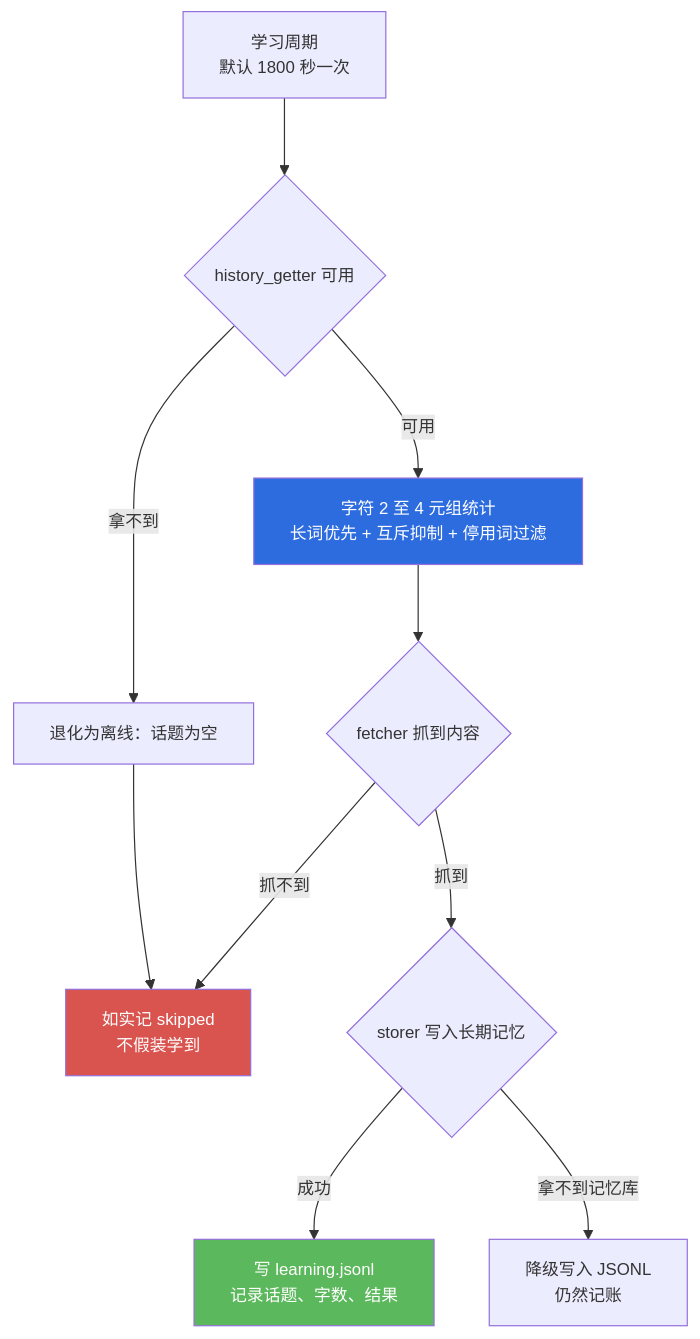
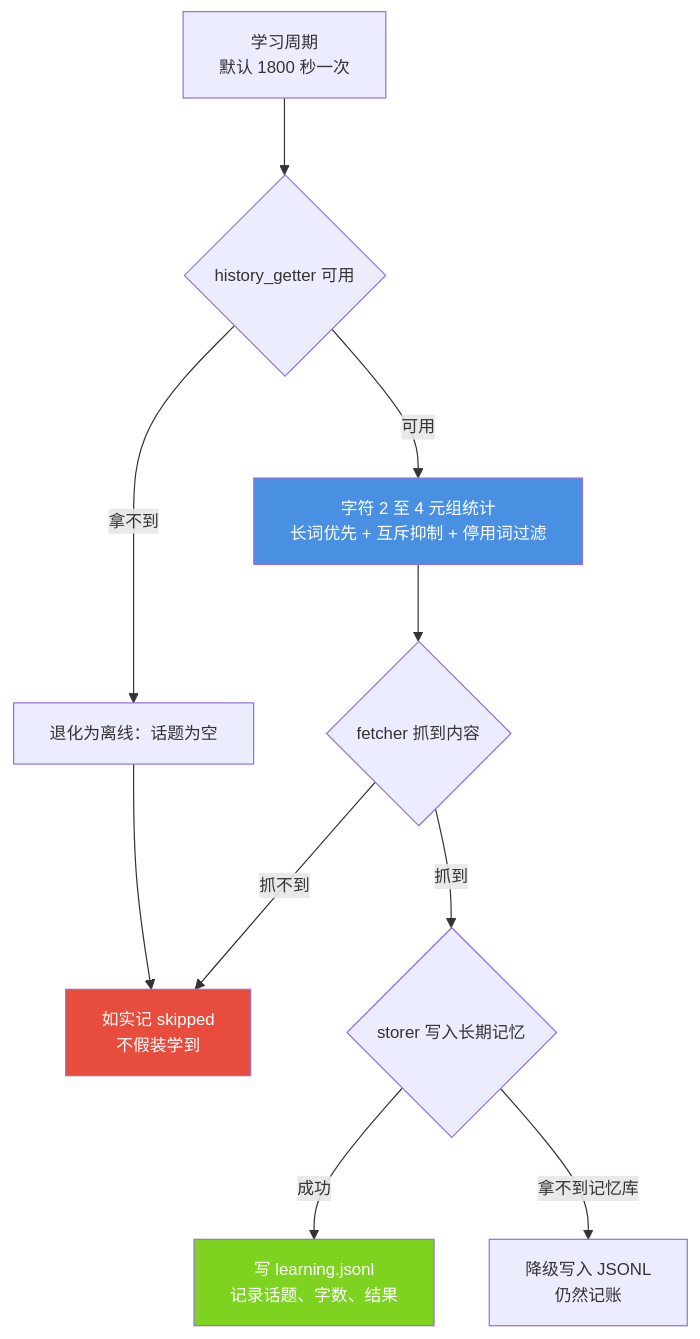
The third of 4 diagrams in docs/modules/05-autonomy.md (jiangchuangege/xiaojiao-harnees), drawn with Mermaid before and after one commit. The commit also changed other lines of this file and 32 other files, not shown here.

Commit message:
统一：全仓原理图配色到一套调色板 + 给 12 张灰图补色 + 修正自己会睡那张过期图

````diff
--- a/docs/modules/05-autonomy.md
+++ b/docs/modules/05-autonomy.md
@@ -283,19 +283,19 @@
 ```mermaid
 %%{init: {"themeVariables": {"fontSize": "14px"}, "flowchart": {"htmlLabels": true, "wrappingWidth": 340, "nodeSpacing": 46, "rankSpacing": 64, "useMaxWidth": true}}}%%
 flowchart TB
     START["学习周期<br/>默认 1800 秒一次"] --> HIST{"history_getter 可用"}
 
     HIST -->|"可用"| TOPIC["字符 2 至 4 元组统计<br/>长词优先 + 互斥抑制 + 停用词过滤"]
     HIST -->|"拿不到"| FALL["退化为离线：话题为空"]
     FALL --> SKIP["如实记 skipped<br/>不假装学到"]
 
     TOPIC --> FETCH{"fetcher 抓到内容"}
     FETCH -->|"抓到"| STORE{"storer 写入长期记忆"}
     FETCH -->|"抓不到"| SKIP
     STORE -->|"成功"| DONE["写 learning.jsonl<br/>记录话题、字数、结果"]
     STORE -->|"拿不到记忆库"| JSONL["降级写入 JSONL<br/>仍然记账"]
 
-    style TOPIC fill:#2d6cdf,color:#fff
-    style DONE fill:#5cb85c,color:#fff
-    style SKIP fill:#d9534f,color:#fff
+    style TOPIC fill:#4A90E2,color:#fff
+    style DONE fill:#7ED321,color:#fff
+    style SKIP fill:#E74C3C,color:#fff
 ```
````
